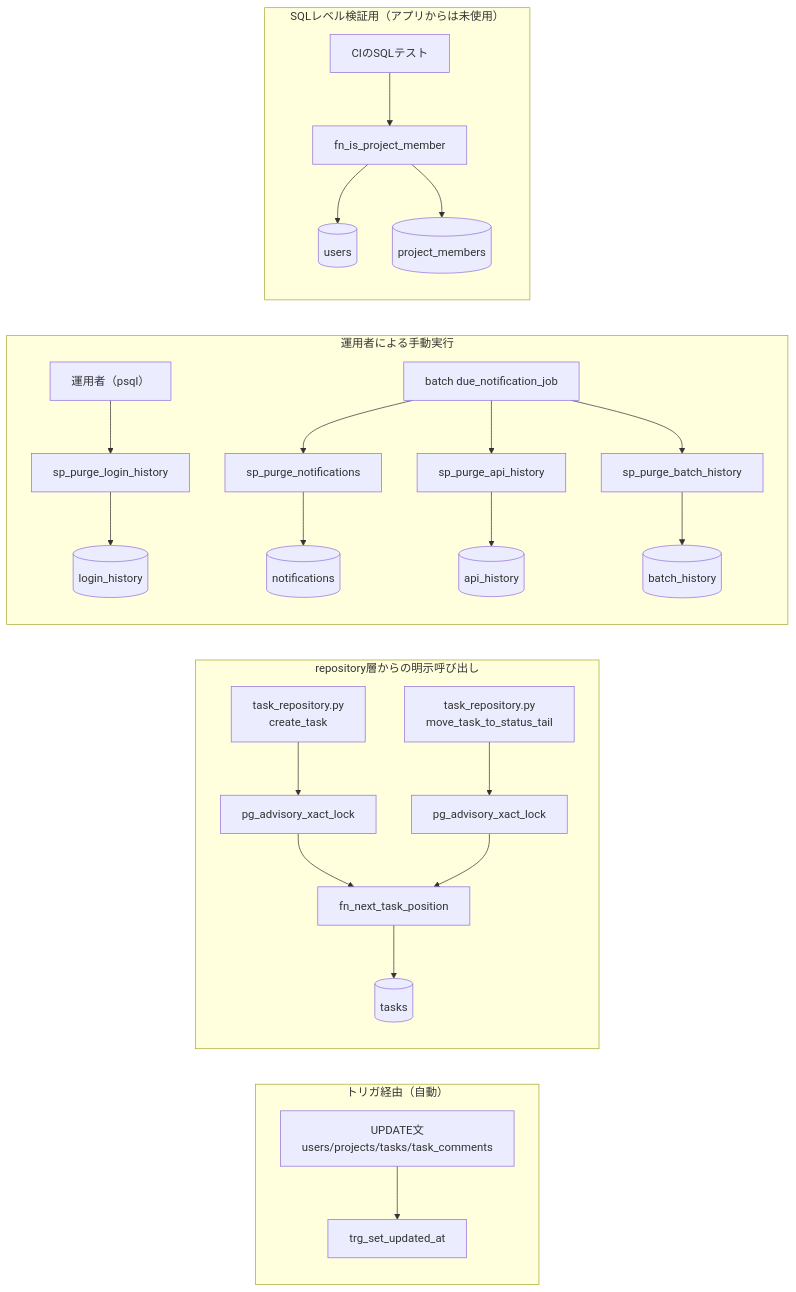
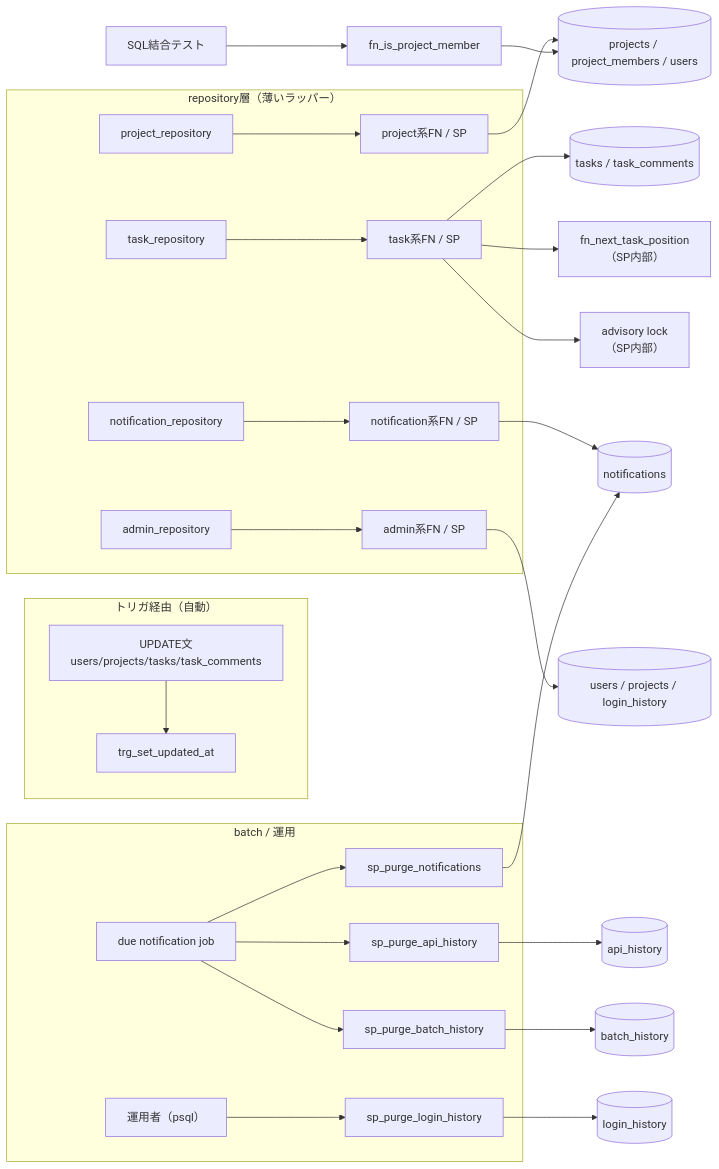
The diagram in detailed_design/database/08_db_functions.md (oikawa-d/task_management), drawn with Mermaid before and after one commit. The commit also changed other lines of this file and 58 other files, not shown here.

````diff
--- a/detailed_design/database/08_db_functions.md
+++ b/detailed_design/database/08_db_functions.md
@@ -278,31 +392,32 @@
 ```mermaid
 flowchart LR
     subgraph trigger["トリガ経由（自動）"]
         UPD["UPDATE文<br/>users/projects/tasks/task_comments"] --> TRG["trg_set_updated_at"]
     end
 
-    subgraph repo["repository層からの明示呼び出し"]
-        CREATE["task_repository.py<br/>create_task"] --> LOCK1["pg_advisory_xact_lock"]
-        MOVE["task_repository.py<br/>move_task_to_status_tail"] --> LOCK2["pg_advisory_xact_lock"]
-        LOCK1 --> FN1["fn_next_task_position"]
-        LOCK2 --> FN1
-        FN1 --> TASKS[("tasks")]
+    subgraph repo["repository層（薄いラッパー）"]
+        PR["project_repository"] --> PF["project系FN / SP"]
+        TR["task_repository"] --> TF["task系FN / SP"]
+        NR["notification_repository"] --> NF["notification系FN / SP"]
+        AR["admin_repository"] --> AF["admin系FN / SP"]
     end
+    PF --> PT[("projects / project_members / users")]
+    TF --> TT[("tasks / task_comments")]
+    NF --> NT[("notifications")]
+    AF --> AT[("users / projects / login_history")]
+    TF --> FN1["fn_next_task_position<br/>（SP内部）"]
+    TF --> LOCK["advisory lock<br/>（SP内部）"]
 
-    subgraph manual["運用者による手動実行"]
+    subgraph batch["batch / 運用"]
+        JOB["due notification job"] --> SNP["sp_purge_notifications"]
+        JOB --> SAP["sp_purge_api_history"]
+        JOB --> SBH["sp_purge_batch_history"]
         OPS["運用者（psql）"] --> SP["sp_purge_login_history"]
-        SP --> LH[("login_history")]
-        JOB["batch due_notification_job"] --> SNP["sp_purge_notifications"]
-        SNP --> NOTIF[("notifications")]
-        JOB --> SAP["sp_purge_api_history"]
-        SAP --> APIH[("api_history")]
-        JOB --> SBH["sp_purge_batch_history"]
-        SBH --> BATH[("batch_history")]
     end
-
-    subgraph unused["SQLレベル検証用（アプリからは未使用）"]
-        TEST["CIのSQLテスト"] --> FN2["fn_is_project_member"]
-        FN2 --> USERS[("users")]
-        FN2 --> PM[("project_members")]
-    end
+    SNP --> NT
+    SAP --> APIH[("api_history")]
+    SBH --> BATH[("batch_history")]
+    SP --> LH[("login_history")]
+    TEST["SQL結合テスト"] --> FN2["fn_is_project_member"]
+    FN2 --> PT
 ```
````
